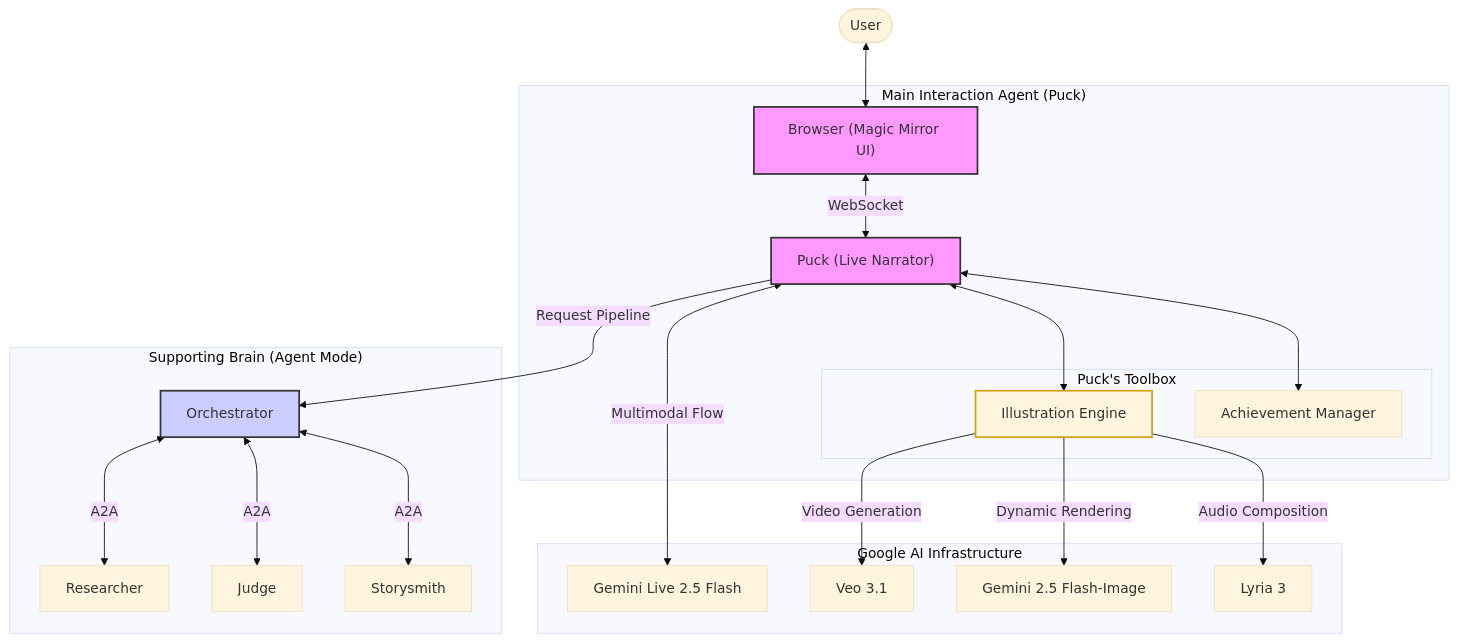
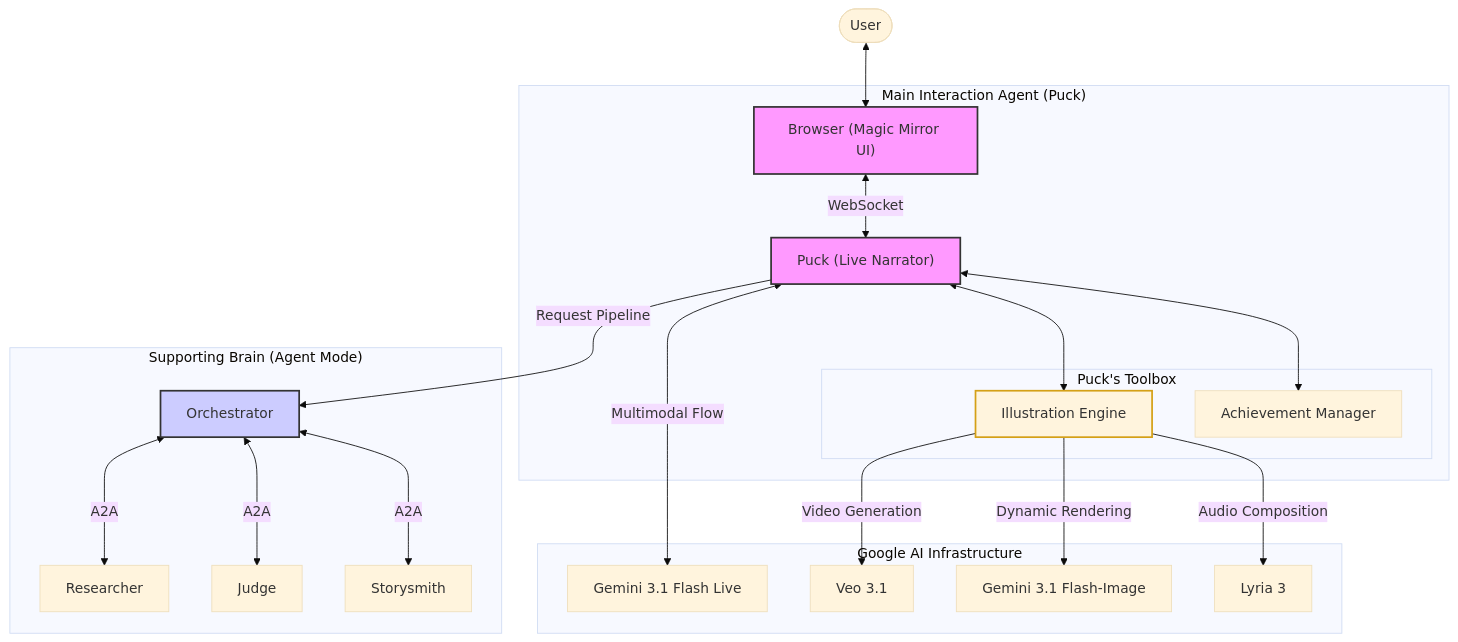
The first of 4 diagrams in ARCHITECTURE.md (vero-code/gemini-tales-v2), drawn with Mermaid (base theme) before and after one commit. The commit also changed other lines of this file and 1 other file, not shown here.

````diff
--- a/ARCHITECTURE.md
+++ b/ARCHITECTURE.md
@@ -32,33 +32,33 @@
 ```mermaid
 graph TD
     User([User]) <--> Browser["Browser (Magic Mirror UI)"]
     
     subgraph "Main Interaction Agent (Puck)"
         Browser <-->|WebSocket| Puck["Puck (Live Narrator)"]
         subgraph "Puck's Toolbox"
             Illustrator["Illustration Engine"]
             Awards["Achievement Manager"]
         end
         Puck <--> Illustrator
         Puck <--> Awards
     end
     
     subgraph "Google AI Infrastructure"
-        Puck <-->|Multimodal Flow| GeminiLive[Gemini Live 2.5 Flash]
+        Puck <-->|Multimodal Flow| GeminiLive[Gemini 3.1 Flash Live]
         Illustrator -->|Video Generation| Veo[Veo 3.1]
-        Illustrator -->|Dynamic Rendering| FlashImage[Gemini 2.5 Flash-Image]
+        Illustrator -->|Dynamic Rendering| FlashImage[Gemini 3.1 Flash-Image]
         Illustrator -->|Audio Composition| Lyria3[Lyria 3]
     end
     
     subgraph "Supporting Brain (Agent Mode)"
         Puck -->|Request Pipeline| Orchestrator[Orchestrator]
         Orchestrator <-->|A2A| Researcher[Researcher]
         Orchestrator <-->|A2A| Judge[Judge]
         Orchestrator <-->|A2A| Storysmith[Storysmith]
     end
     
     style Browser fill:#f9f,stroke:#333,stroke-width:2px
     style Puck fill:#f9f,stroke:#333,stroke-width:2px
     style Orchestrator fill:#ccf,stroke:#333,stroke-width:2px
     style Illustrator fill:#fff4dd,stroke:#d4a017,stroke-width:2px
 ```
````
